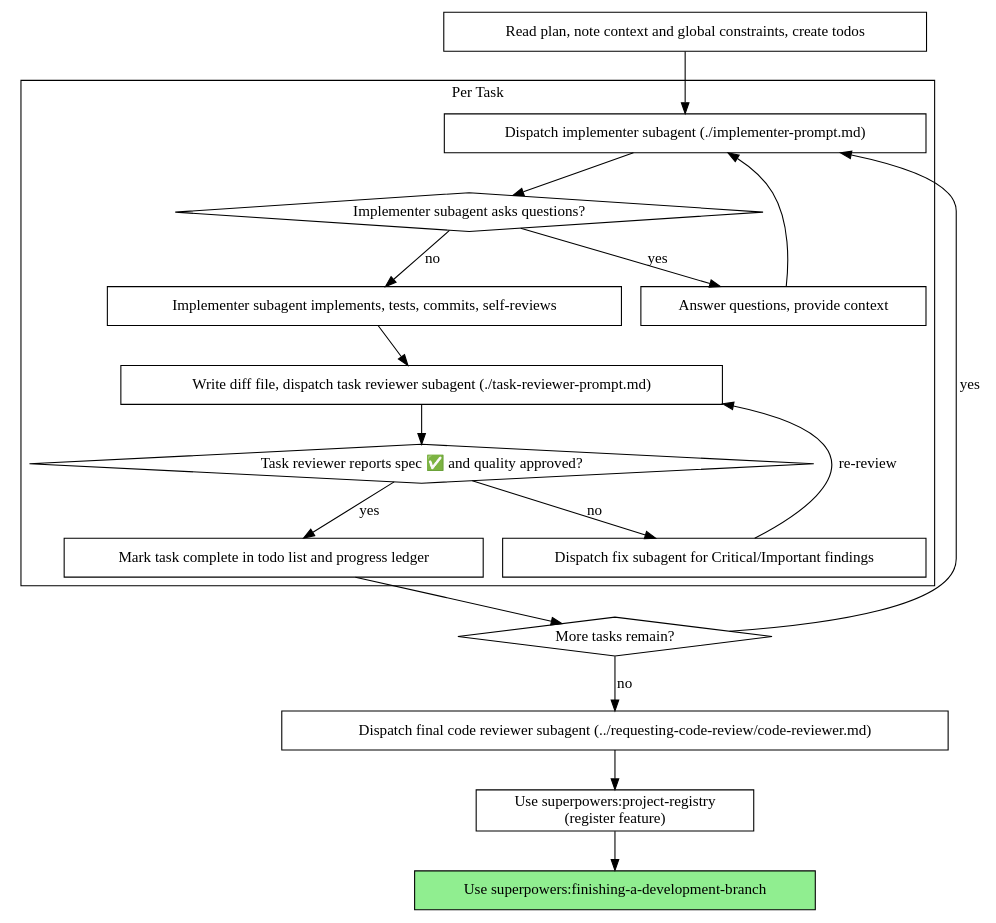
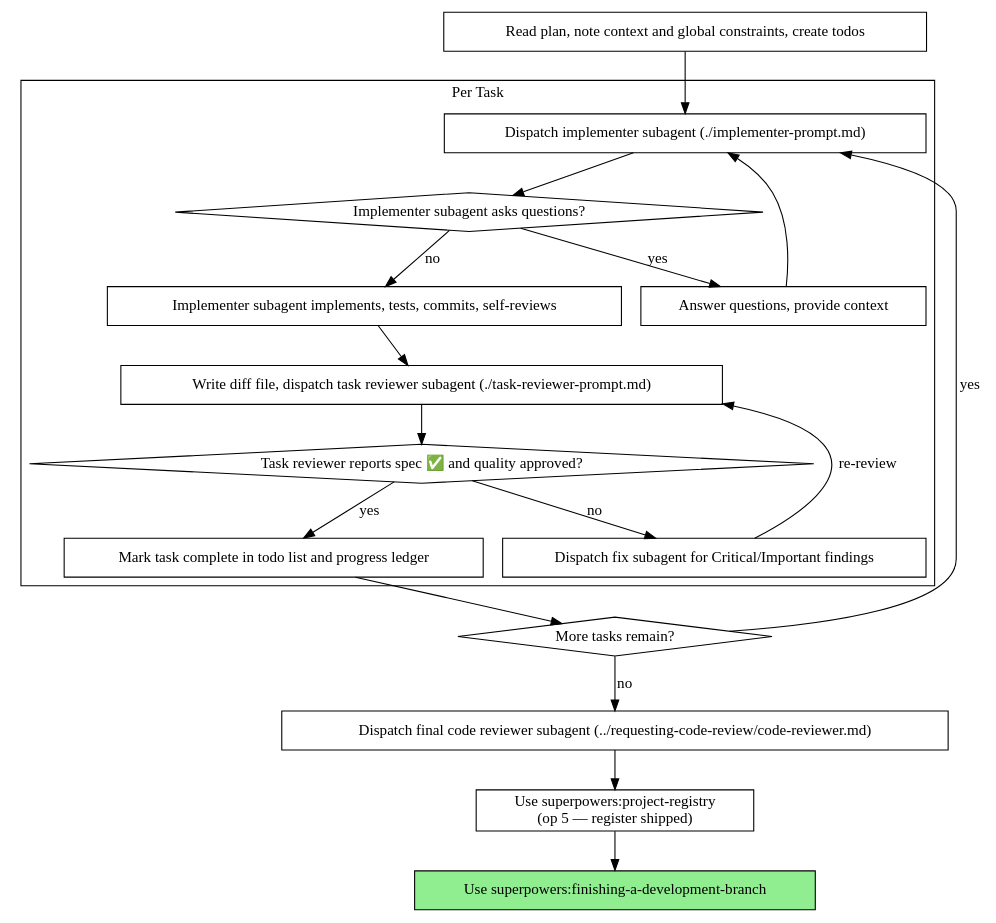
The second of 2 diagrams in skills/subagent-driven-development/SKILL.md (jacek2v/superpowers-j2v), drawn with Graphviz before and after one commit. The commit also changed other lines of this file, not shown here.

Commit message:
docs(subagent-driven-development): coordinator decision gate, op 3 mid-run, op 5 shipping

````diff
--- a/skills/subagent-driven-development/SKILL.md
+++ b/skills/subagent-driven-development/SKILL.md
@@ -46,39 +46,39 @@
 ```dot
 digraph process {
     rankdir=TB;
 
     subgraph cluster_per_task {
         label="Per Task";
         "Dispatch implementer subagent (./implementer-prompt.md)" [shape=box];
         "Implementer subagent asks questions?" [shape=diamond];
         "Answer questions, provide context" [shape=box];
         "Implementer subagent implements, tests, commits, self-reviews" [shape=box];
         "Write diff file, dispatch task reviewer subagent (./task-reviewer-prompt.md)" [shape=box];
         "Task reviewer reports spec ✅ and quality approved?" [shape=diamond];
         "Dispatch fix subagent for Critical/Important findings" [shape=box];
         "Mark task complete in todo list and progress ledger" [shape=box];
     }
 
     "Read plan, note context and global constraints, create todos" [shape=box];
     "More tasks remain?" [shape=diamond];
     "Dispatch final code reviewer subagent (../requesting-code-review/code-reviewer.md)" [shape=box];
-    "Use superpowers:project-registry\n(register feature)" [shape=box];
+    "Use superpowers:project-registry\n(op 5 — register shipped)" [shape=box];
     "Use superpowers:finishing-a-development-branch" [shape=box style=filled fillcolor=lightgreen];
 
     "Read plan, note context and global constraints, create todos" -> "Dispatch implementer subagent (./implementer-prompt.md)";
     "Dispatch implementer subagent (./implementer-prompt.md)" -> "Implementer subagent asks questions?";
     "Implementer subagent asks questions?" -> "Answer questions, provide context" [label="yes"];
     "Answer questions, provide context" -> "Dispatch implementer subagent (./implementer-prompt.md)";
     "Implementer subagent asks questions?" -> "Implementer subagent implements, tests, commits, self-reviews" [label="no"];
     "Implementer subagent implements, tests, commits, self-reviews" -> "Write diff file, dispatch task reviewer subagent (./task-reviewer-prompt.md)";
     "Write diff file, dispatch task reviewer subagent (./task-reviewer-prompt.md)" -> "Task reviewer reports spec ✅ and quality approved?";
     "Task reviewer reports spec ✅ and quality approved?" -> "Dispatch fix subagent for Critical/Important findings" [label="no"];
     "Dispatch fix subagent for Critical/Important findings" -> "Write diff file, dispatch task reviewer subagent (./task-reviewer-prompt.md)" [label="re-review"];
     "Task reviewer reports spec ✅ and quality approved?" -> "Mark task complete in todo list and progress ledger" [label="yes"];
     "Mark task complete in todo list and progress ledger" -> "More tasks remain?";
     "More tasks remain?" -> "Dispatch implementer subagent (./implementer-prompt.md)" [label="yes"];
     "More tasks remain?" -> "Dispatch final code reviewer subagent (../requesting-code-review/code-reviewer.md)" [label="no"];
-    "Dispatch final code reviewer subagent (../requesting-code-review/code-reviewer.md)" -> "Use superpowers:project-registry\n(register feature)";
-    "Use superpowers:project-registry\n(register feature)" -> "Use superpowers:finishing-a-development-branch";
+    "Dispatch final code reviewer subagent (../requesting-code-review/code-reviewer.md)" -> "Use superpowers:project-registry\n(op 5 — register shipped)";
+    "Use superpowers:project-registry\n(op 5 — register shipped)" -> "Use superpowers:finishing-a-development-branch";
 }
 ```
````
